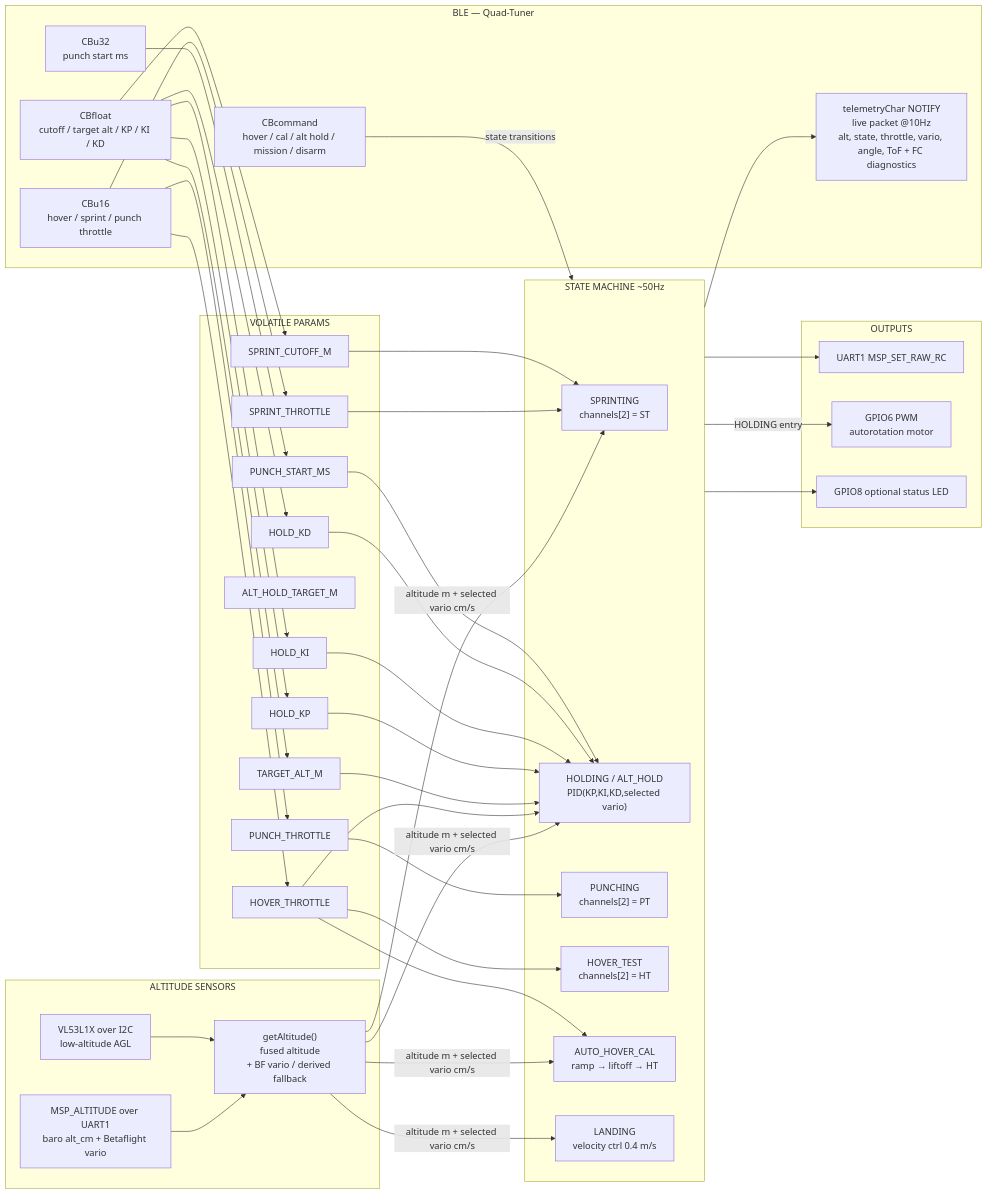
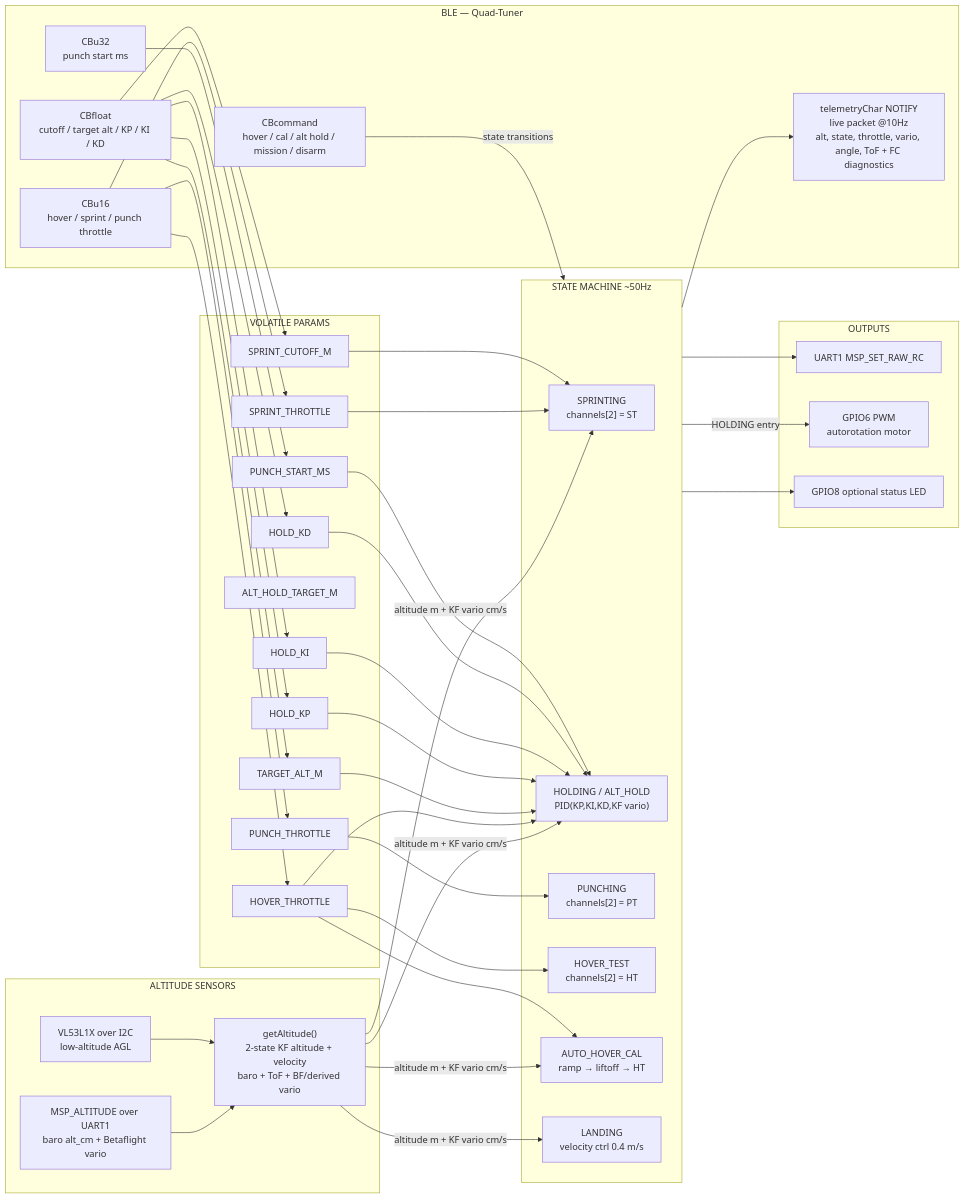
The second of 2 diagrams in README.md (RyanHailey21/esp32_drone), drawn with Mermaid before and after one commit. The commit also changed other lines of this file and 30 other files, not shown here.

````diff
--- a/README.md
+++ b/README.md
@@ -434,66 +437,66 @@
 ```mermaid
 flowchart LR
     subgraph BLE["BLE — Quad-Tuner"]
         W1["CBu16\nhover / sprint / punch throttle"]
         W2["CBfloat\ncutoff / target alt / KP / KI / KD"]
         W3["CBu32\npunch start ms"]
         W4["CBcommand\nhover / cal / alt hold / mission / disarm"]
         TEL["telemetryChar NOTIFY\nlive packet @10Hz\nalt, state, throttle, vario, angle, ToF + FC diagnostics"]
     end
 
     subgraph PARAMS["VOLATILE PARAMS"]
         HT["HOVER_THROTTLE"]
         ST["SPRINT_THROTTLE"]
         SC["SPRINT_CUTOFF_M"]
         TA["TARGET_ALT_M"]
         AHT["ALT_HOLD_TARGET_M"]
         KP["HOLD_KP"]
         KI["HOLD_KI"]
         KD["HOLD_KD"]
         PS["PUNCH_START_MS"]
         PT["PUNCH_THROTTLE"]
     end
 
     subgraph SENSOR["ALTITUDE SENSORS"]
         MSPALT["MSP_ALTITUDE over UART1\nbaro alt_cm + Betaflight vario"]
         TOFALT["VL53L1X over I2C\nlow-altitude AGL"]
-        ALT["getAltitude()\nfused altitude\n+ BF vario / derived fallback"]
+        ALT["getAltitude()\n2-state KF altitude + velocity\nbaro + ToF + BF/derived vario"]
     end
 
     subgraph SM["STATE MACHINE ~50Hz"]
         SPR["SPRINTING\nchannels[2] = ST"]
-        HLD["HOLDING / ALT_HOLD\nPID(KP,KI,KD,selected vario)"]
+        HLD["HOLDING / ALT_HOLD\nPID(KP,KI,KD,KF vario)"]
         PUN["PUNCHING\nchannels[2] = PT"]
         HVT["HOVER_TEST\nchannels[2] = HT"]
         AHC["AUTO_HOVER_CAL\nramp → liftoff → HT"]
         LND["LANDING\nvelocity ctrl 0.4 m/s"]
     end
 
     subgraph OUT["OUTPUTS"]
         MSP_OUT["UART1 MSP_SET_RAW_RC"]
         PWM["GPIO6 PWM\nautorotation motor"]
         LED["GPIO8 optional status LED"]
     end
 
     W1 --> HT & ST & PT
     W2 --> SC & TA & KP & KI & KD
     W3 --> PS
     W4 -->|state transitions| SM
 
     MSPALT --> ALT
     TOFALT --> ALT
-    ALT -->|altitude m + selected vario cm/s| HLD & AHC & LND & SPR
+    ALT -->|altitude m + KF vario cm/s| HLD & AHC & LND & SPR
 
     HT --> HLD & HVT & AHC
     ST --> SPR
     SC --> SPR
     TA --> HLD
     KP & KI & KD --> HLD
     PS --> HLD
     PT --> PUN
 
     SM --> MSP_OUT
     SM -->|HOLDING entry| PWM
     SM --> LED
     SM --> TEL
 ```
````
